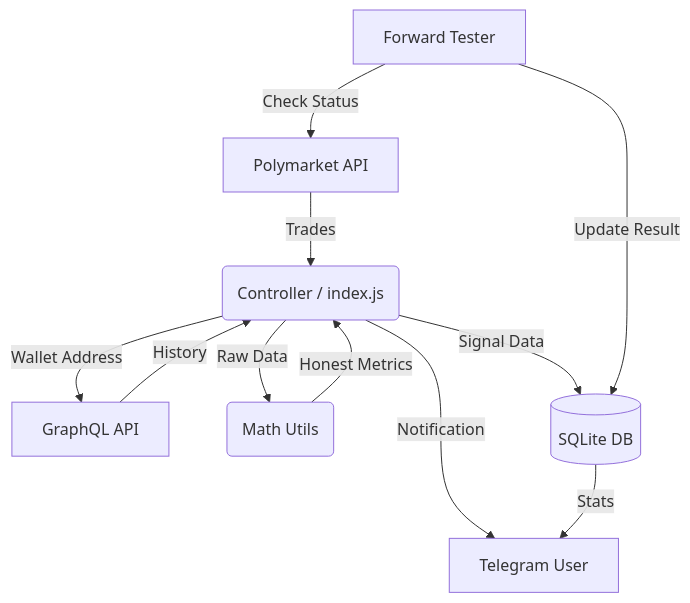
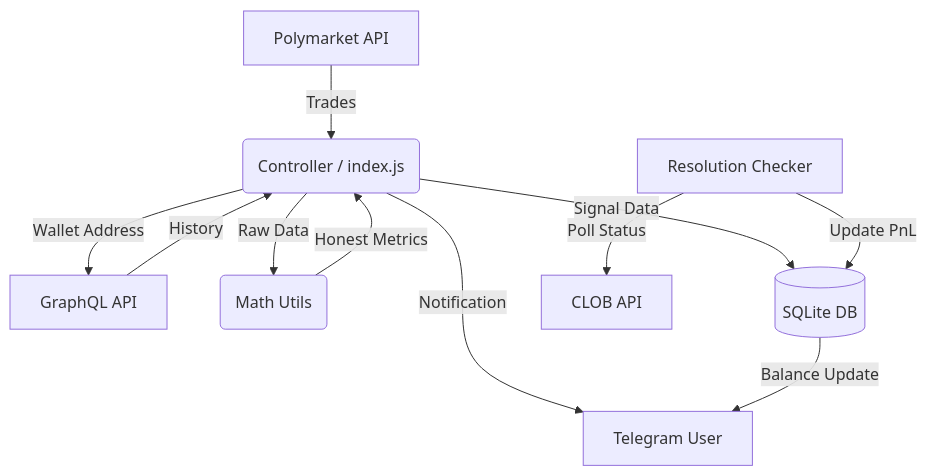
Before and after one commit to convyrtech/whale_bot_js: the diagram in docs/2_TECHNICAL.md, drawn with Mermaid. The commit also changed other lines of this file and 21 other files, not shown here.

Commit message:
Update docs to v3.0 (Unicorn Portfolio), add /status command, fix DB schema, add .gitignore

````diff
--- a/docs/2_TECHNICAL.md
+++ b/docs/2_TECHNICAL.md
@@ -15,14 +15,14 @@
 ```mermaid
 graph TD
     A[Polymarket API] -->|Trades| B(Controller / index.js)
     B -->|Wallet Address| C[GraphQL API]
     C -->|History| B
     B -->|Raw Data| D(Math Utils)
     D -->|Honest Metrics| B
     B -->|Signal Data| E[(SQLite DB)]
     B -->|Notification| F[Telegram User]
     
-    G[Forward Tester] -->|Check Status| A
-    G -->|Update Result| E
-    E -->|Stats| F
+    H[Resolution Checker] -->|Poll Status| I[CLOB API]
+    H -->|Update PnL| E
+    E -->|Balance Update| F
 ```
````
